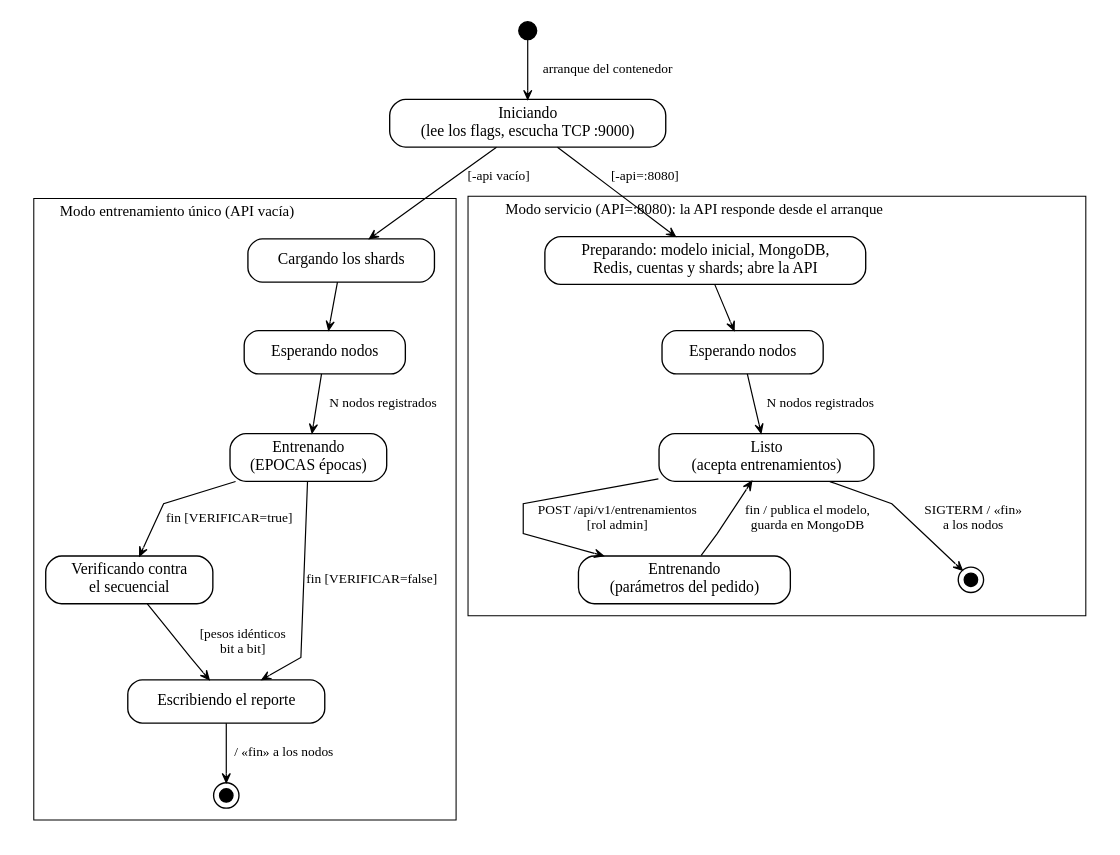
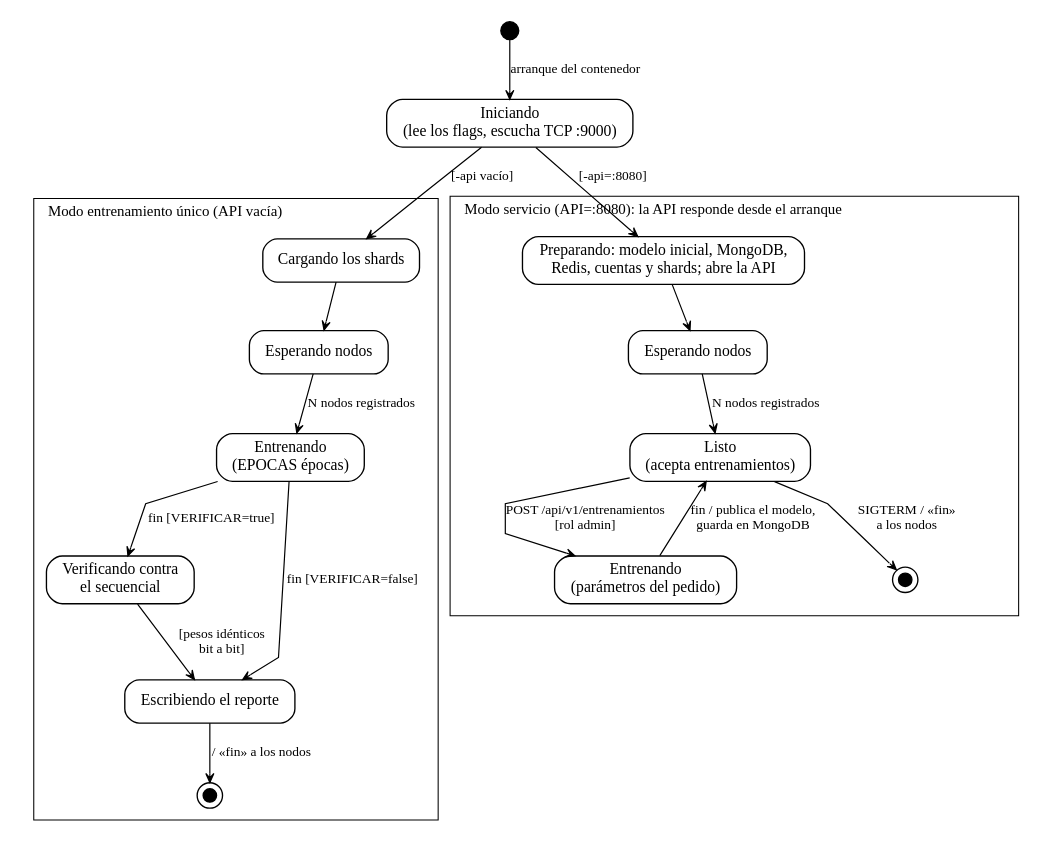
One commit to JorgeGarcia005/cc65-tf-dengue changed the diagram in docs/informe/tb2/diagramas/estados_coordinador.dot. Above: the diagram before and after it, drawn with Graphviz. The commit also changed 6 other files, not shown here.

First line of the commit message:
fix(informe): diagramas UML con el texto como trazos (svg:cairo, Liberation Serif) (#99)

```diff
--- a/docs/informe/tb2/diagramas/estados_coordinador.dot
+++ b/docs/informe/tb2/diagramas/estados_coordinador.dot
@@ -1,46 +1,46 @@
 // Máquina de estados (UML 2.5) del coordinador en sus dos modos de arranque.
 // Fuente de docs/informe/tb2/fig/estados_coordinador.svg: make figuras.
 // Transiciones: evento [guarda] / acción. Código: cmd/coordinator/main.go y api.go.
 digraph estados_coordinador {
-  graph [rankdir=TB, fontname="Times New Roman", fontsize=11, nodesep=0.45, ranksep=0.42,
+  graph [rankdir=TB, fontname="Liberation Serif", fontsize=11, nodesep=0.45, ranksep=0.42,
          splines=polyline, pad=0.1, newrank=true]
-  node  [shape=box, style=rounded, fontname="Times New Roman", fontsize=10.5, penwidth=0.9, margin="0.14,0.06", height=0.4]
-  edge  [fontname="Times New Roman", fontsize=9, penwidth=0.8, arrowsize=0.6, arrowhead=vee]
+  node  [shape=box, style=rounded, fontname="Liberation Serif", fontsize=10.5, penwidth=0.9, margin="0.14,0.06", height=0.4]
+  edge  [fontname="Liberation Serif", fontsize=9, penwidth=0.8, arrowsize=0.6, arrowhead=vee]
 
   inicio [shape=circle, style=filled, fillcolor=black, label="", width=0.16, height=0.16, fixedsize=true]
   cargando [label="Iniciando\n(lee los flags, escucha TCP :9000)"]
   inicio -> cargando [label=" arranque del contenedor"]
 
   subgraph cluster_unico {
     label="Modo entrenamiento único (API vacía)"; labeljust=l; fontsize=10; penwidth=0.7
     u_carga    [label="Cargando los shards"]
     u_espera   [label="Esperando nodos"]
     u_carga -> u_espera
     u_entrena  [label="Entrenando\n(EPOCAS épocas)"]
     u_verifica [label="Verificando contra\nel secuencial"]
     u_escribe  [label="Escribiendo el reporte"]
     u_fin      [shape=doublecircle, style=filled, fillcolor=black, label="", width=0.12, height=0.12, fixedsize=true]
     u_espera -> u_entrena [label=" N nodos registrados"]
     u_entrena -> u_verifica [label=" fin [VERIFICAR=true]"]
     u_entrena -> u_escribe [label=" fin [VERIFICAR=false]"]
     u_verifica -> u_escribe [label=" [pesos idénticos\n bit a bit]"]
     u_escribe -> u_fin [label=" / «fin» a los nodos"]
   }
 
   subgraph cluster_servicio {
     label="Modo servicio (API=:8080): la API responde desde el arranque"; labeljust=l; fontsize=10; penwidth=0.7
     s_prep    [label="Preparando: modelo inicial, MongoDB,\nRedis, cuentas y shards; abre la API"]
     s_espera  [label="Esperando nodos"]
     s_prep -> s_espera
     s_listo   [label="Listo\n(acepta entrenamientos)"]
     s_entrena [label="Entrenando\n(parámetros del pedido)"]
     s_fin     [shape=doublecircle, style=filled, fillcolor=black, label="", width=0.12, height=0.12, fixedsize=true]
     s_espera -> s_listo [label=" N nodos registrados"]
     s_listo -> s_entrena [label=" POST /api/v1/entrenamientos\n [rol admin]"]
     s_entrena -> s_listo [label=" fin / publica el modelo,\n guarda en MongoDB"]
     s_listo -> s_fin [label=" SIGTERM / «fin»\n a los nodos"]
   }
 
   cargando -> u_carga [label=" [-api vacío]"]
   cargando -> s_prep [label=" [-api=:8080]"]
 }
```
